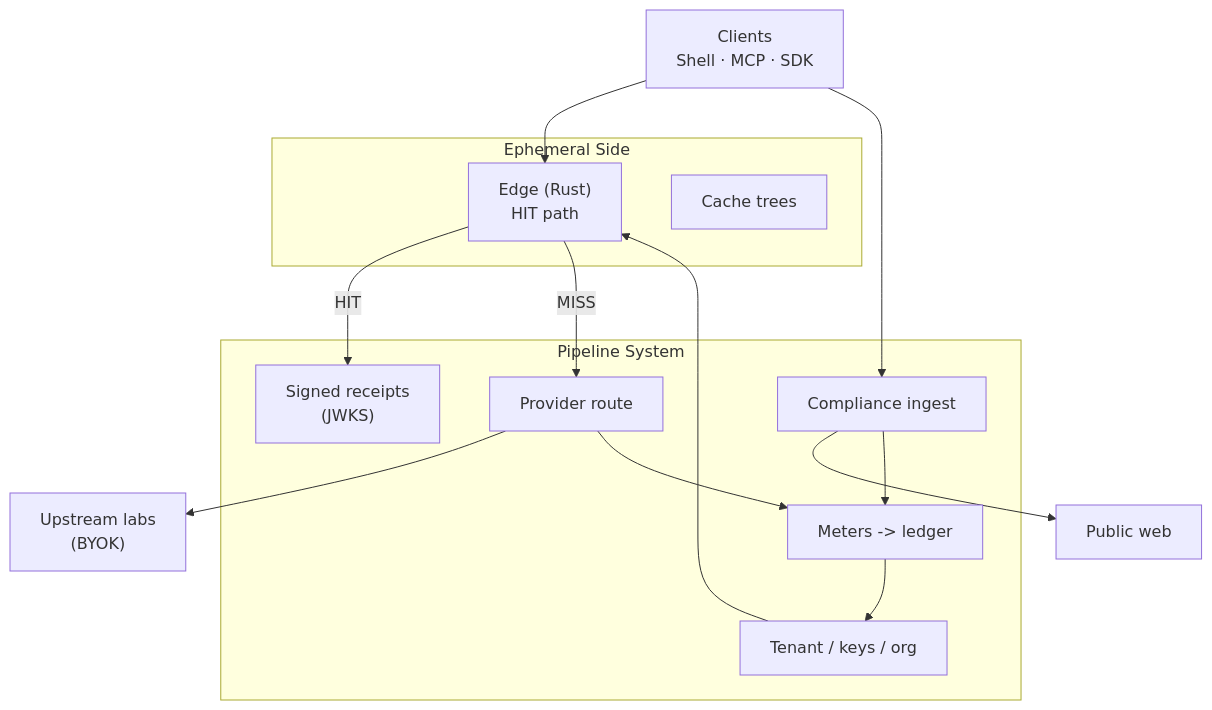
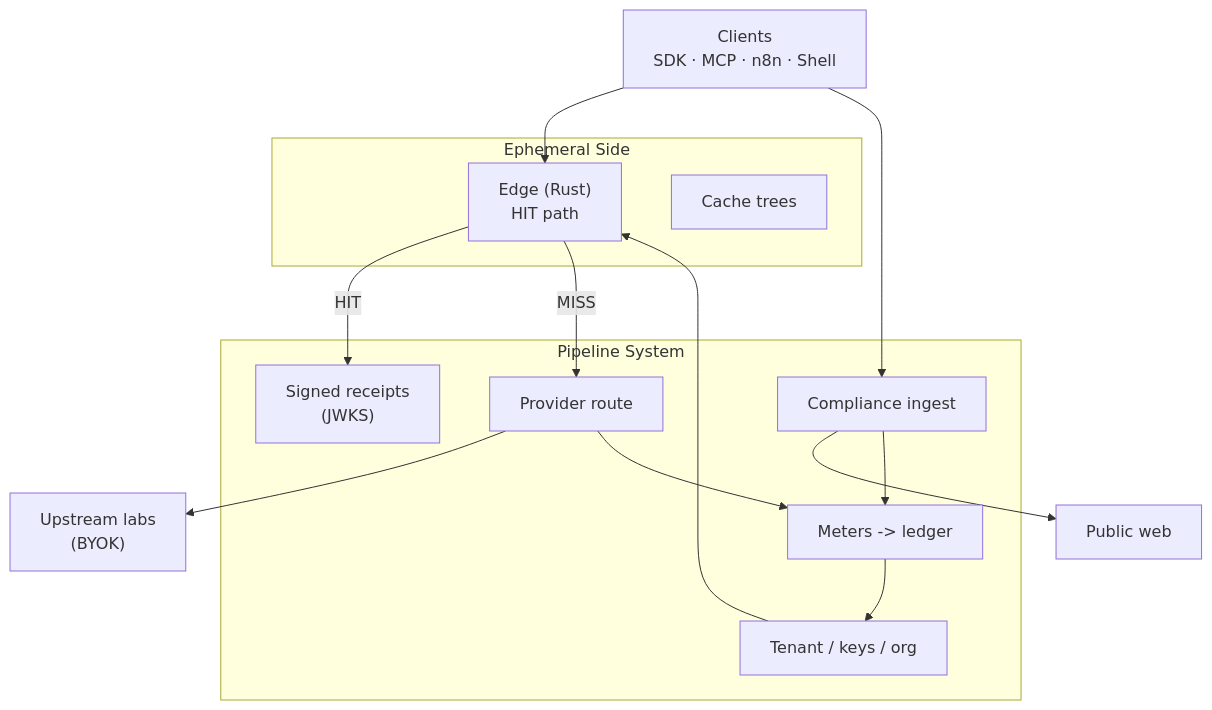
Before and after one commit to iwasinnam2/metrecept-opensource: the diagram in README.md, drawn with Mermaid. The commit also changed other lines of this file and 73 other files, not shown here.

````diff
--- a/README.md
+++ b/README.md
@@ -32,27 +53,27 @@
 ```mermaid
 flowchart TB
-  clients["Clients<br/>Shell · MCP · SDK"]
+  clients["Clients<br/>SDK · MCP · n8n · Shell"]
   subgraph ephemeral ["Ephemeral Side"]
     edge["Edge (Rust)<br/>HIT path"]
     trees["Cache trees"]
   end
   subgraph pipeline ["Pipeline System"]
     auth["Tenant / keys / org"]
     meters["Meters -> ledger"]
     ingest["Compliance ingest"]
     route["Provider route"]
     trust["Signed receipts<br/>(JWKS)"]
   end
   labs["Upstream labs<br/>(BYOK)"]
   web["Public web"]
   clients --> edge
   edge -->|HIT| trust
   edge -->|MISS| route
   route --> labs
   clients --> ingest
   ingest --> web
   auth --> edge
   meters --> auth
   route --> meters
   ingest --> meters
 ```
````
